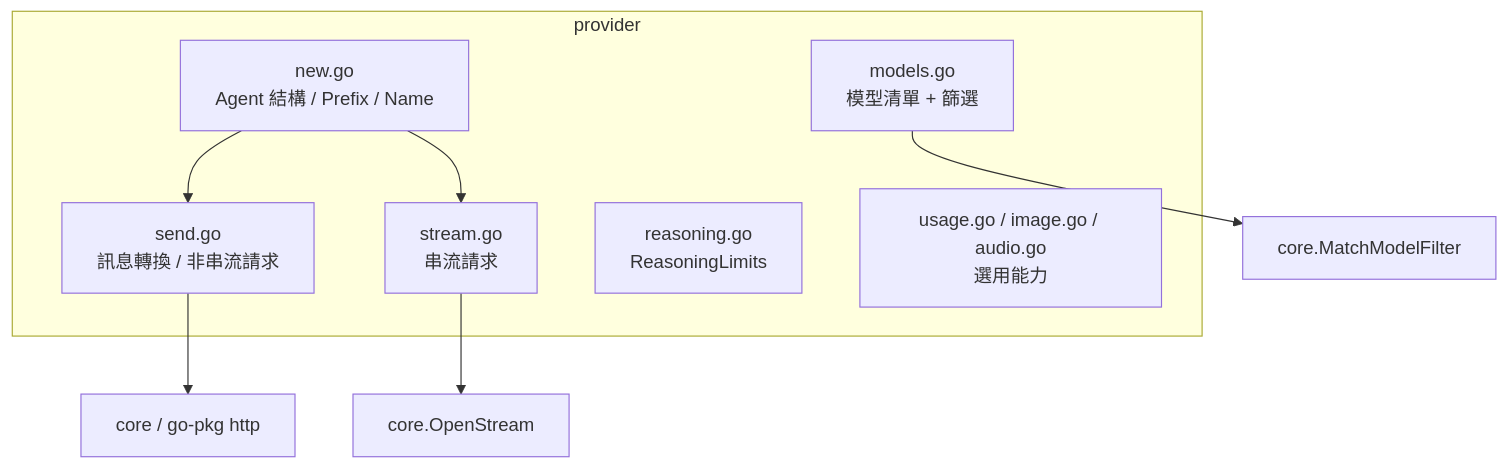
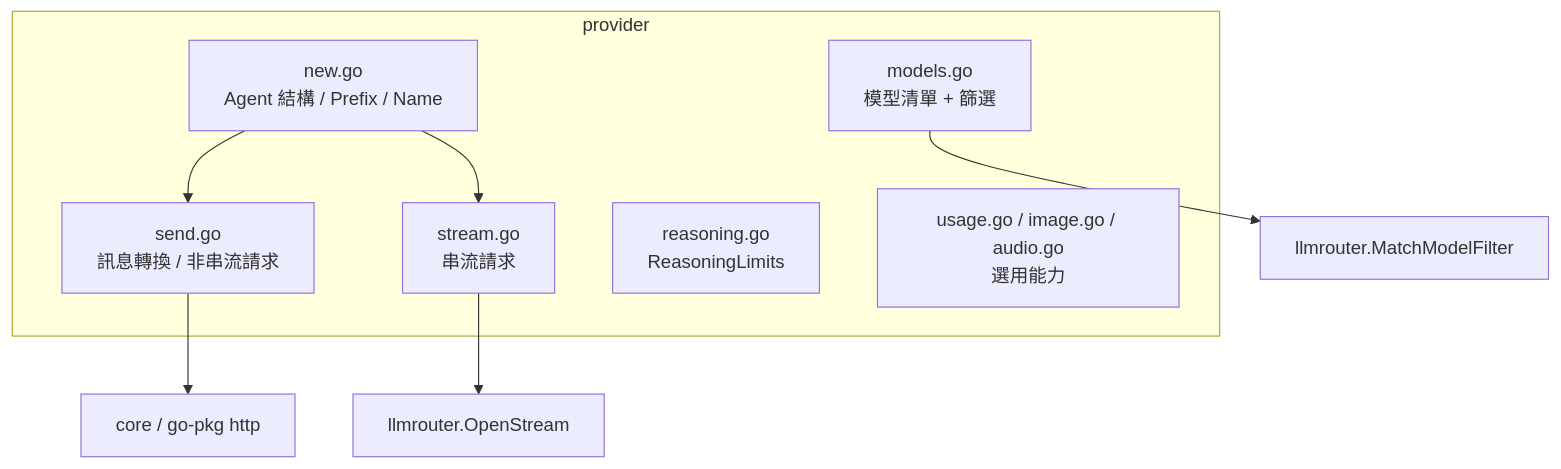
One commit to pardnchiu/go-llm-router changed the fourth of 11 diagrams in doc/architecture.zh.md. Above: the diagram before and after it, drawn with Mermaid. The commit also changed other lines of this file and 103 other files, not shown here.

Commit message:
chore: Rename package core to llmrouter, callers must update identifiers

````diff
--- a/doc/architecture.zh.md
+++ b/doc/architecture.zh.md
@@ -95,16 +95,16 @@
 ```mermaid
 graph TB
     subgraph provider
         New[new.go<br/>Agent 結構 / Prefix / Name]
         Send[send.go<br/>訊息轉換 / 非串流請求]
         StreamFile[stream.go<br/>串流請求]
         Models[models.go<br/>模型清單 + 篩選]
         ReasoningFile[reasoning.go<br/>ReasoningLimits]
         Extra[usage.go / image.go / audio.go<br/>選用能力]
     end
     New --> Send
     New --> StreamFile
     Send --> CoreHTTP[core / go-pkg http]
-    StreamFile --> CoreStream[core.OpenStream]
-    Models --> Filter[core.MatchModelFilter]
+    StreamFile --> CoreStream[llmrouter.OpenStream]
+    Models --> Filter[llmrouter.MatchModelFilter]
 ```
````
